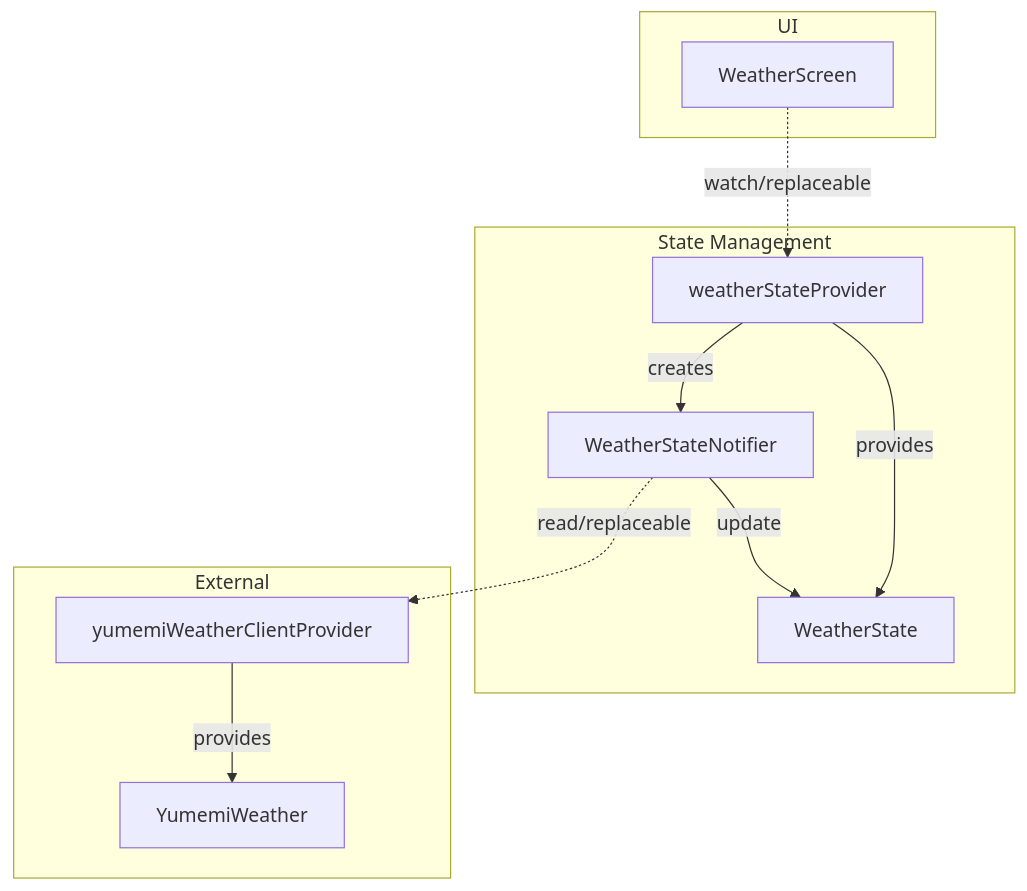
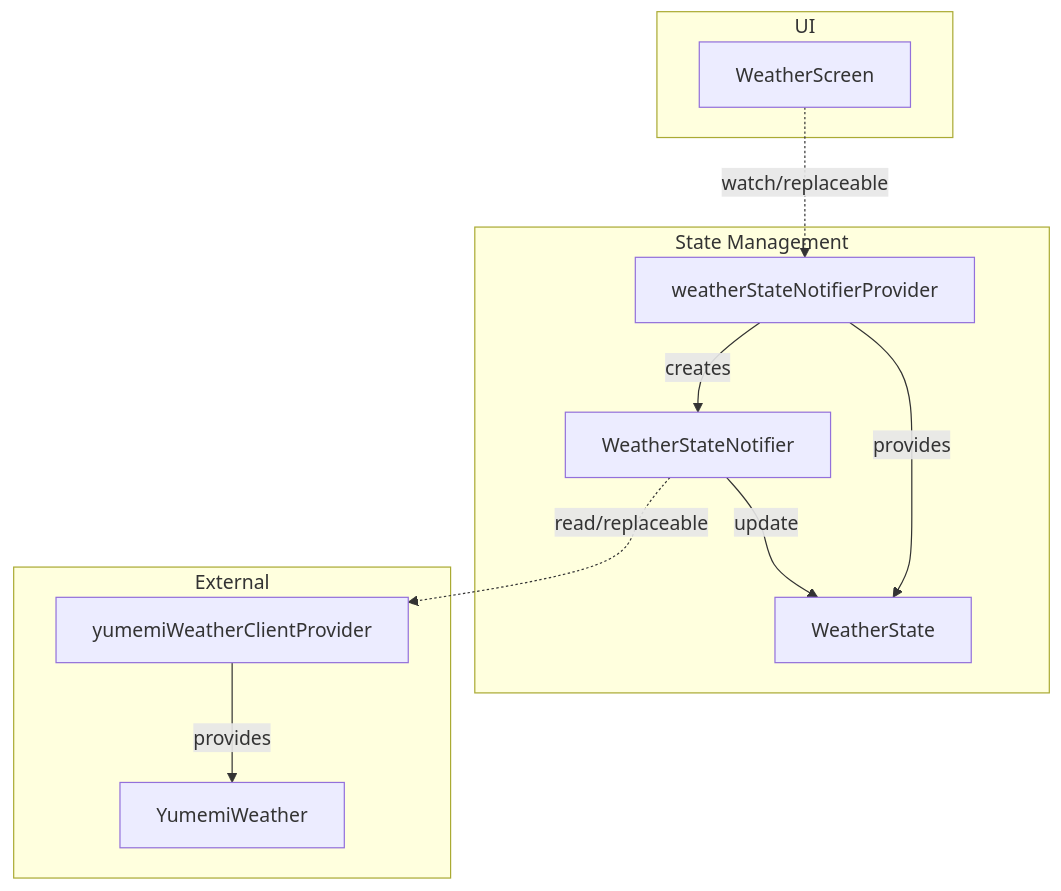
Before and after one commit to Ryosuke1025/flutter-training: the first of 2 diagrams in ARCHITECTURE.md, drawn with Mermaid. The commit also changed other lines of this file, not shown here.

Commit message:
Update ARCHITECTURE.md to reflect changes in state management terminology, replacing `weatherStateProvider` with `weatherStateNotifierProvider` for clarity and consistency in documentation.

````diff
--- a/ARCHITECTURE.md
+++ b/ARCHITECTURE.md
@@ -2,25 +2,25 @@
 ```mermaid
 flowchart TD
   subgraph UI
     M[WeatherScreen]
   end
 
   subgraph State Management
-    S[weatherStateProvider]
+    S[weatherStateNotifierProvider]
     WN[WeatherStateNotifier]
     ST[WeatherState]
   end
 
   subgraph External
     YP[yumemiWeatherClientProvider]
     YW[YumemiWeather]
   end
 
   M -.->|watch/replaceable| S
   S -->|provides| ST
   S -->|creates| WN
   WN -.->|read/replaceable| YP
   YP -->|provides| YW
   WN -->|update| ST
 
 ```
````
